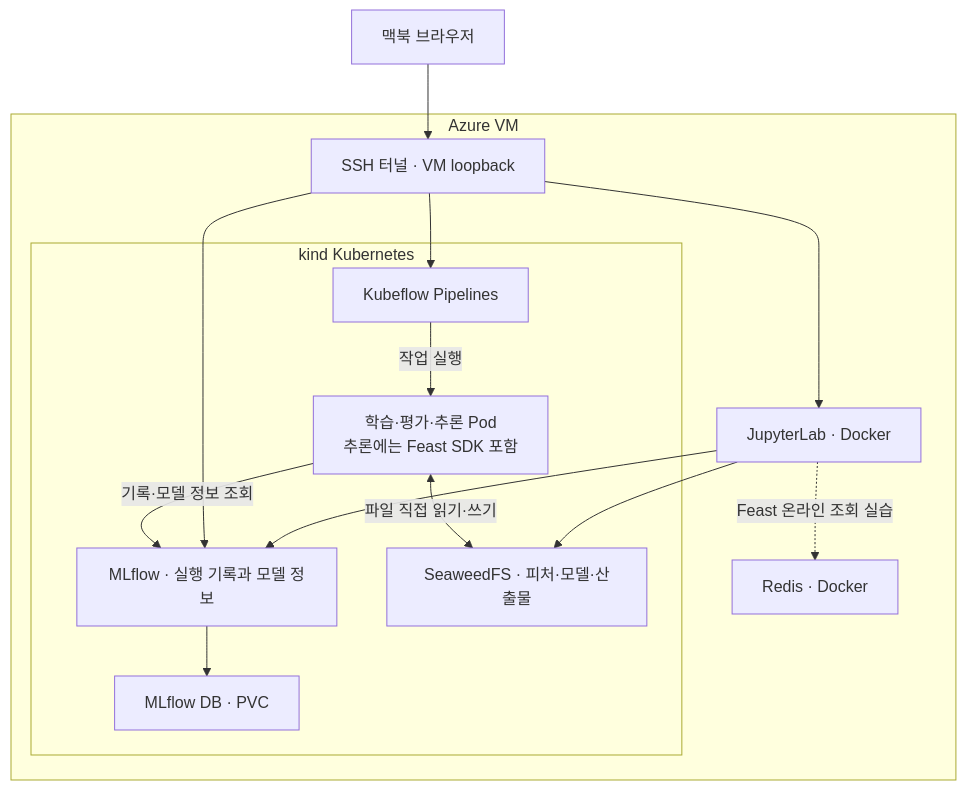
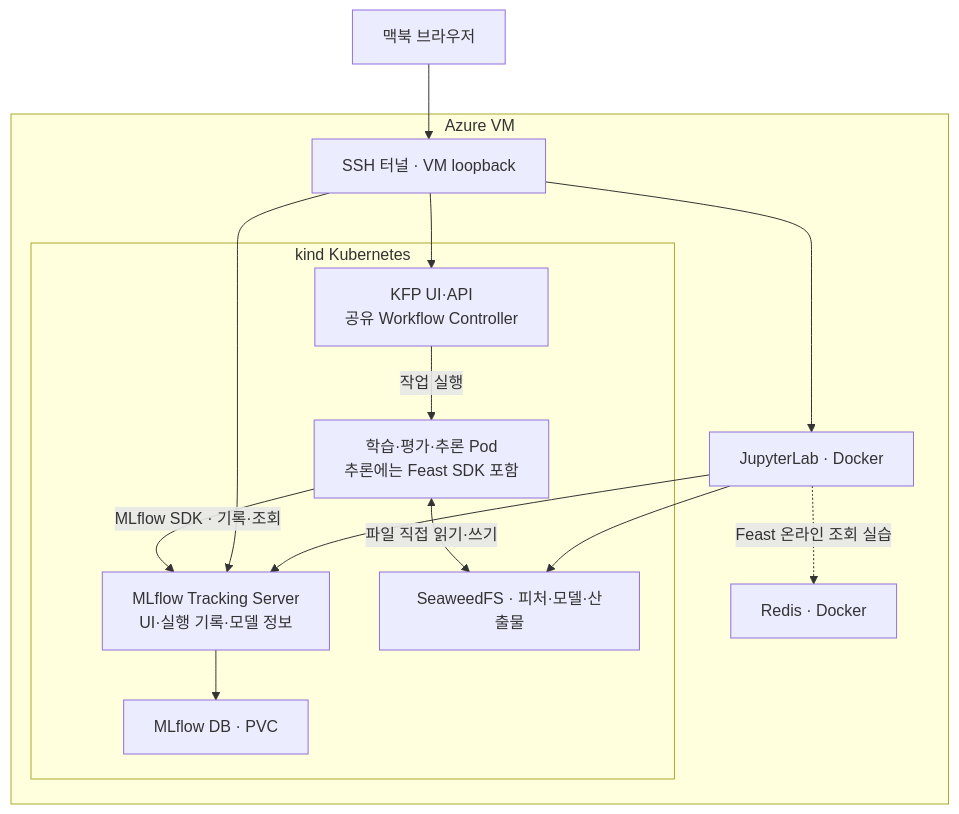
Before and after one commit to HeesangJin/tech-blog: the diagram in docs/mlops/azure-mlops-lab.md, drawn with Mermaid. The commit also changed other lines of this file, not shown here.

Commit message:
Connect developer workflow and platform architecture to ML lifecycle

````diff
--- a/docs/mlops/azure-mlops-lab.md
+++ b/docs/mlops/azure-mlops-lab.md
@@ -45,27 +52,27 @@
 ```mermaid
 flowchart TB
     Browser["맥북 브라우저"]
     subgraph VM["Azure VM"]
         Access["SSH 터널 · VM loopback"]
         J["JupyterLab · Docker"]
         R["Redis · Docker"]
         subgraph K8s["kind Kubernetes"]
-            K["Kubeflow Pipelines"]
+            K["KFP UI·API<br/>공유 Workflow Controller"]
             P["학습·평가·추론 Pod<br/>추론에는 Feast SDK 포함"]
-            M["MLflow · 실행 기록과 모델 정보"]
+            M["MLflow Tracking Server<br/>UI·실행 기록·모델 정보"]
             S["SeaweedFS · 피처·모델·산출물"]
             DB["MLflow DB · PVC"]
             K -->|"작업 실행"| P
-            P -->|"기록·모델 정보 조회"| M
+            P -->|"MLflow SDK · 기록·조회"| M
             P <-->|"파일 직접 읽기·쓰기"| S
             M --> DB
         end
         Access --> J
         Access --> K
         Access --> M
         J --> M
         J --> S
         J -.->|"Feast 온라인 조회 실습"| R
     end
     Browser --> Access
 ```
````
